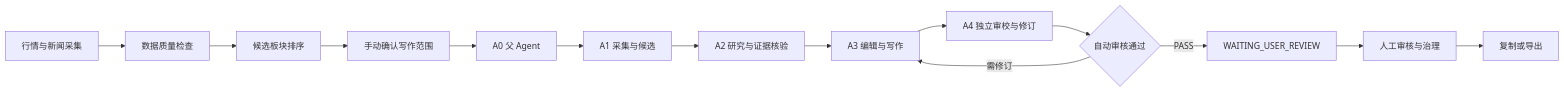
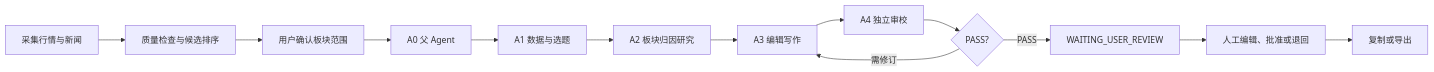
One commit to zrhm666/SectorPulse changed the diagram in README.md. Above: the diagram before and after it, drawn with Mermaid. The commit also changed other lines of this file, not shown here.

Commit message:
docs: rewrite README for parent-child agent platform

````diff
--- a/README.md
+++ b/README.md
@@ -63,16 +57,15 @@
 ```mermaid
 flowchart LR
-    A[行情与新闻采集] --> B[数据质量检查]
-    B --> C[候选板块排序]
-    C --> D[手动确认写作范围]
-    D --> E[A0 父 Agent]
-    E --> F[A1 采集与候选]
-    F --> G[A2 研究与证据核验]
-    G --> H[A3 编辑与写作]
-    H --> I[A4 独立审校与修订]
-    I --> J{自动审核通过}
-    J -->|PASS| K[WAITING_USER_REVIEW]
-    J -->|需修订| H
-    K --> L[人工审核与治理]
-    L --> M[复制或导出]
+    A[采集行情与新闻] --> B[质量检查与候选排序]
+    B --> C[用户确认板块范围]
+    C --> D[A0 父 Agent]
+    D --> E[A1 数据与选题]
+    E --> F[A2 板块归因研究]
+    F --> G[A3 编辑写作]
+    G --> H[A4 独立审校]
+    H --> I{PASS?}
+    I -->|需修订| G
+    I -->|PASS| J[WAITING_USER_REVIEW]
+    J --> K[人工编辑、批准或退回]
+    K --> L[复制或导出]
 ```
````
